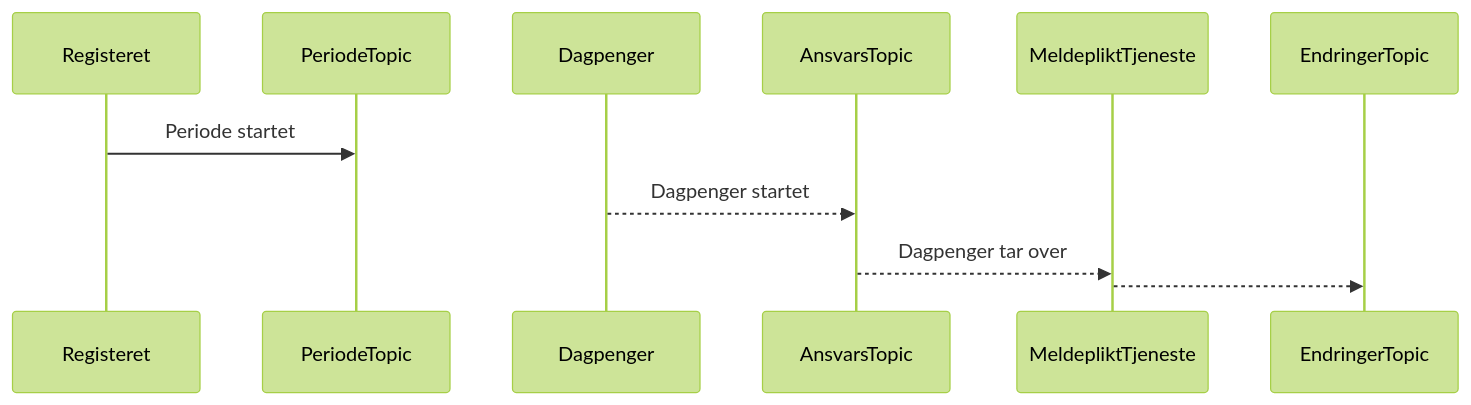
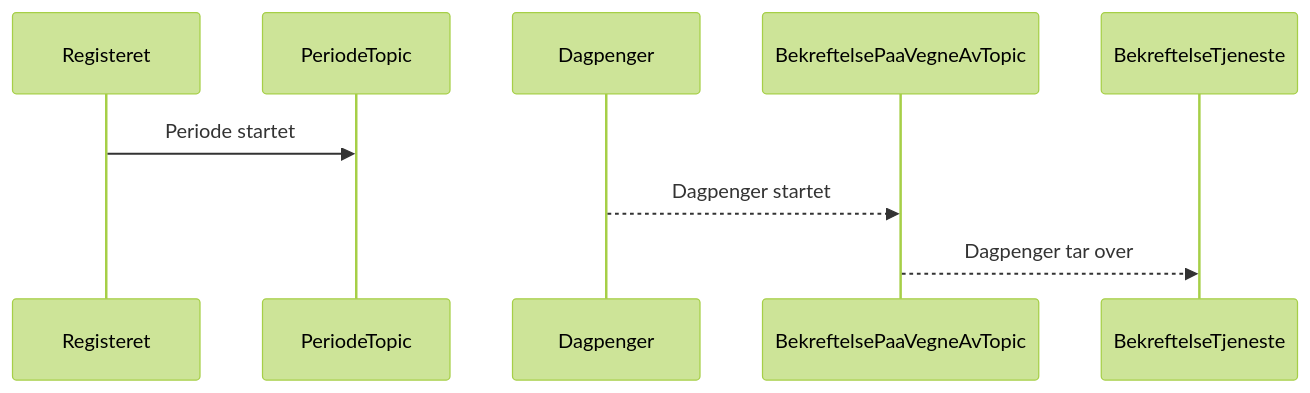
The second of 2 diagrams in apps/bekreftelse-tjeneste/README.md (navikt/paw-arbeidssoekerregisteret-monorepo-intern), drawn with Mermaid (forest theme) before and after one commit. The commit also changed other lines of this file and 22 other files, not shown here.

Commit message:
Omdøpt tilstander til henholdsvis BekreftelseTilstand og PaaVegneAvTilstand, skrevet om fra ansvar til bekreftelsePaaVegneAv gjennomgående, oppdatert tester til å reflektere navnendringene. Fikset feilende tester i IngenStarterBekreftelsePaaVegneAvTest

````diff
--- a/apps/bekreftelse-tjeneste/README.md
+++ b/apps/bekreftelse-tjeneste/README.md
@@ -13,7 +13,6 @@
 ```mermaid
 sequenceDiagram
     Registeret->>PeriodeTopic: Periode startet
-    Dagpenger-->>AnsvarsTopic: Dagpenger startet
-    AnsvarsTopic-->>MeldepliktTjeneste: Dagpenger tar over
-    MeldepliktTjeneste-->>EndringerTopic: 
+    Dagpenger-->>BekreftelsePaaVegneAvTopic: Dagpenger startet
+    BekreftelsePaaVegneAvTopic-->>BekreftelseTjeneste: Dagpenger tar over
 ```
````
